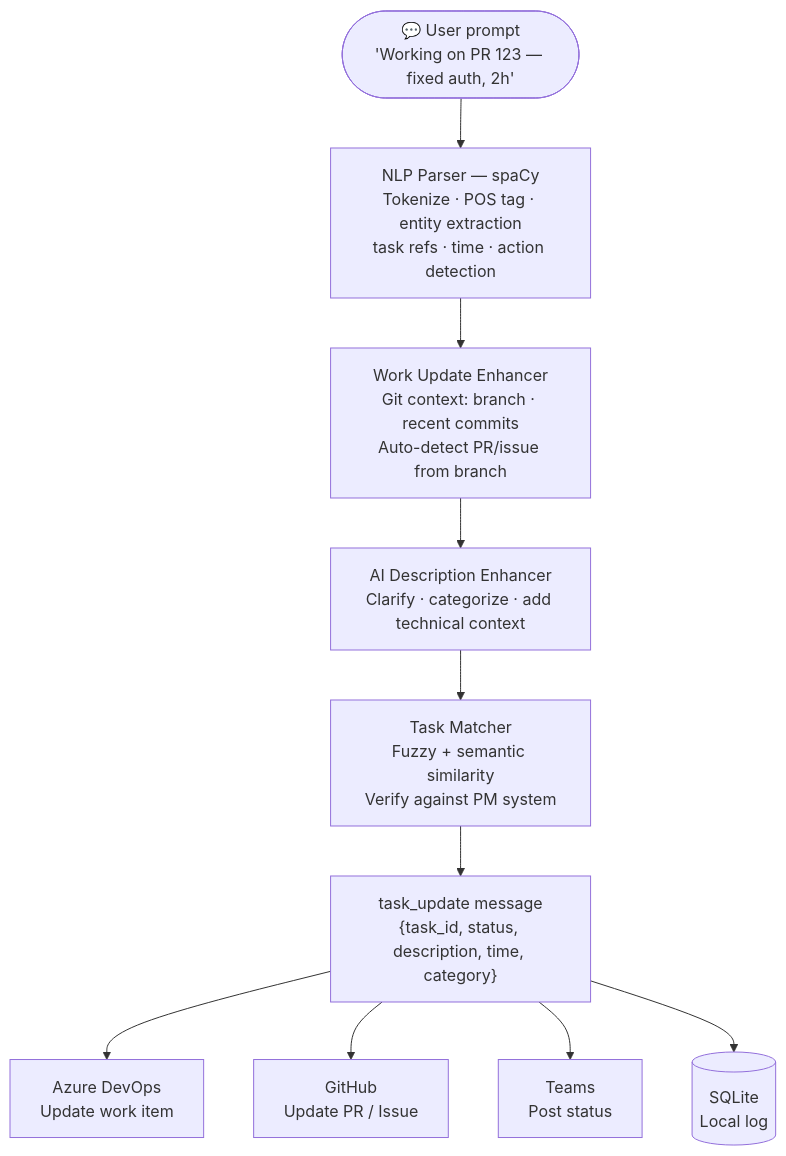
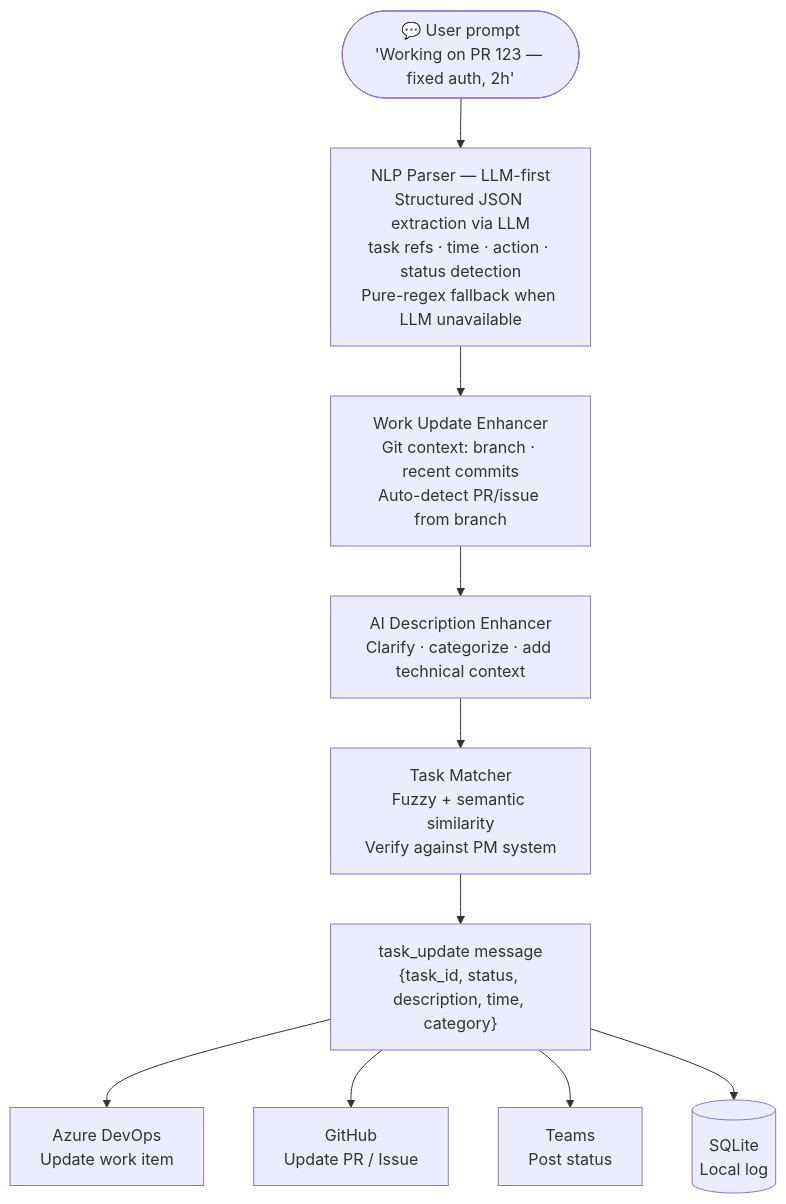
One commit to sraj0501/Devtrack_ changed the fourth of 5 diagrams in devtrack_wiki/wiki/docs/ARCHITECTURE.md. Above: the diagram before and after it, drawn with Mermaid. The commit also changed other lines of this file and 8 other files, not shown here.

````diff
--- a/devtrack_wiki/wiki/docs/ARCHITECTURE.md
+++ b/devtrack_wiki/wiki/docs/ARCHITECTURE.md
@@ -209,15 +209,15 @@
 ```mermaid
 flowchart TD
     A(["💬 User prompt\n'Working on PR 123 — fixed auth, 2h'"]) --> B
 
-    B["NLP Parser — spaCy\nTokenize · POS tag · entity extraction\ntask refs · time · action detection"]
+    B["NLP Parser — LLM-first\nStructured JSON extraction via LLM\ntask refs · time · action · status detection\nPure-regex fallback when LLM unavailable"]
     B --> C["Work Update Enhancer\nGit context: branch · recent commits\nAuto-detect PR/issue from branch"]
     C --> D["AI Description Enhancer\nClarify · categorize · add technical context"]
     D --> E["Task Matcher\nFuzzy + semantic similarity\nVerify against PM system"]
     E --> F["task_update message\n{task_id, status, description, time, category}"]
 
     F --> AZ["Azure DevOps\nUpdate work item"]
     F --> GH["GitHub\nUpdate PR / Issue"]
     F --> TM["Teams\nPost status"]
     F --> DB[("SQLite\nLocal log")]
 ```
````
